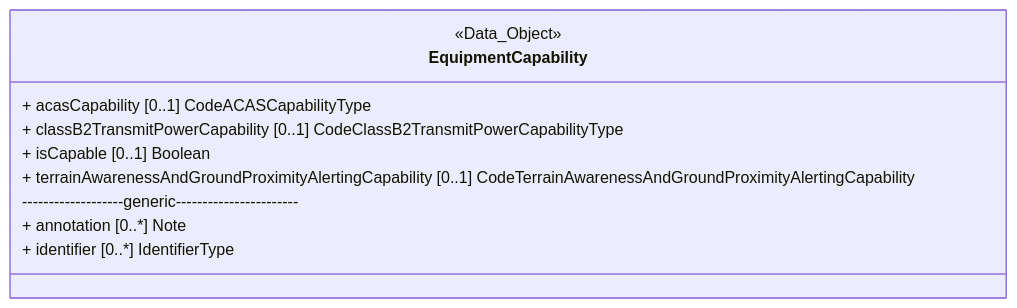
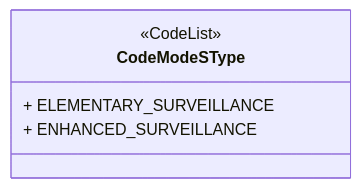
Diagram 18 of 55 in README.md (hlepori/testAIRM), drawn with Mermaid before and after one commit. The commit also changed other lines of this file, not shown here.

````diff
--- a/README.md
+++ b/README.md
@@ -440,13 +464,8 @@
 ```mermaid	
 classDiagram	
-class EquipmentCapability	
-<<Data_Object>> EquipmentCapability	
-link EquipmentCapability "https://airm.aero/developers/advanced-search/1.0.0/EquipmentCapability?model=LogicalModel" "Go to definition"	
-EquipmentCapability : + acasCapability [0..1] CodeACASCapabilityType	
-EquipmentCapability : + classB2TransmitPowerCapability [0..1] CodeClassB2TransmitPowerCapabilityType	
-EquipmentCapability : + isCapable [0..1] Boolean	
-EquipmentCapability : + terrainAwarenessAndGroundProximityAlertingCapability [0..1] CodeTerrainAwarenessAndGroundProximityAlertingCapability	
-EquipmentCapability: -------------------generic-----------------------	
-EquipmentCapability : + annotation [0..*] Note	
-EquipmentCapability : + identifier [0..*] IdentifierType	
+class CodeModeSType	
+<<CodeList>> CodeModeSType	
+link CodeModeSType "https://airm.aero/developers/advanced-search/1.0.0/CodeModeSType?model=LogicalModel" "Go to definition"	
+CodeModeSType : + ELEMENTARY_SURVEILLANCE	
+CodeModeSType : + ENHANCED_SURVEILLANCE	
 ```	
````
